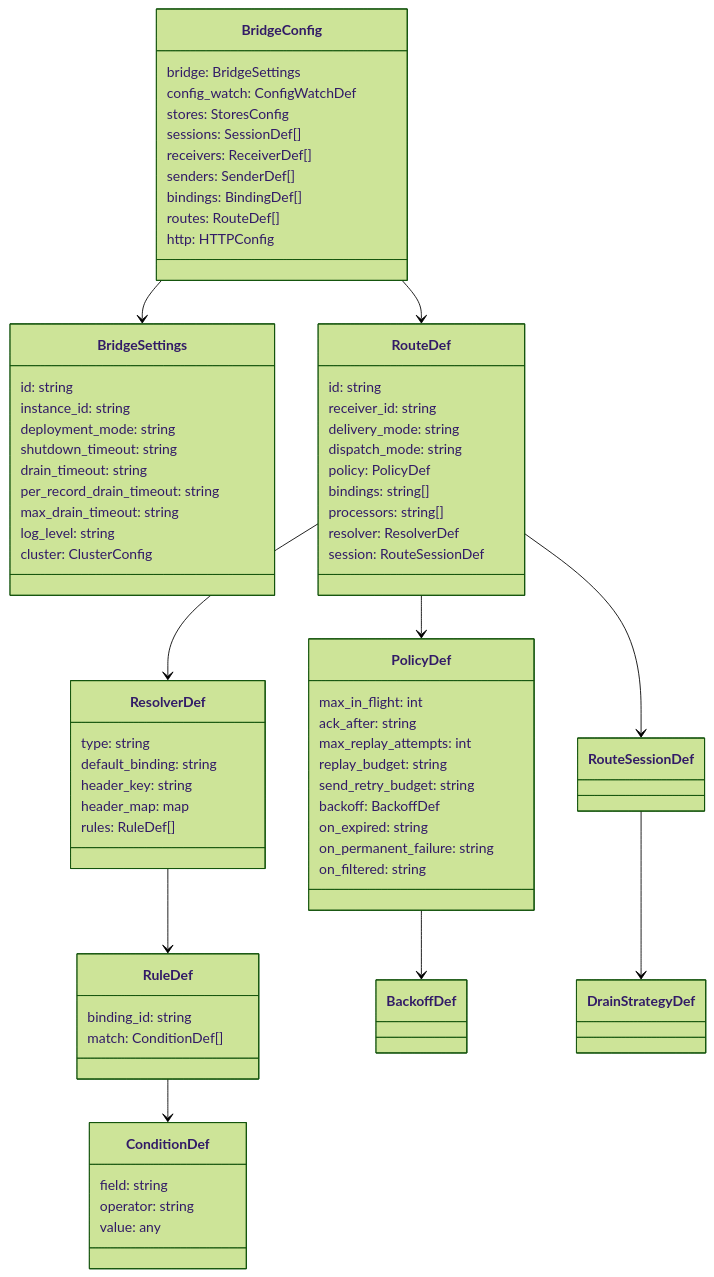
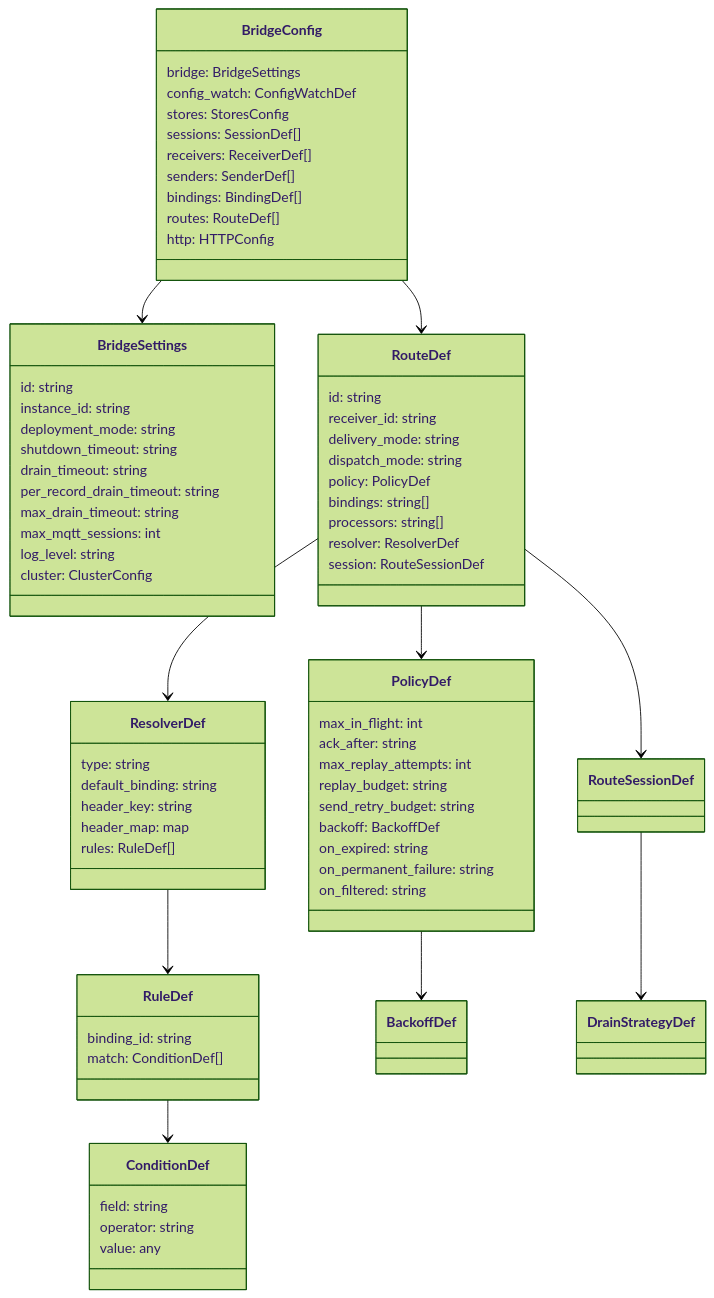
The diagram in docs/configuration-reference.md (mariotoffia/gobridge), drawn with Mermaid (forest theme) before and after one commit. The commit also changed other lines of this file and 96 other files, not shown here.

````diff
--- a/docs/configuration-reference.md
+++ b/docs/configuration-reference.md
@@ -11,79 +11,80 @@
 ```mermaid
 classDiagram
     class BridgeConfig {
         bridge: BridgeSettings
         config_watch: ConfigWatchDef
         stores: StoresConfig
         sessions: SessionDef[]
         receivers: ReceiverDef[]
         senders: SenderDef[]
         bindings: BindingDef[]
         routes: RouteDef[]
         http: HTTPConfig
     }
 
     class BridgeSettings {
         id: string
         instance_id: string
         deployment_mode: string
         shutdown_timeout: string
         drain_timeout: string
         per_record_drain_timeout: string
         max_drain_timeout: string
+        max_mqtt_sessions: int
         log_level: string
         cluster: ClusterConfig
     }
 
     class RouteDef {
         id: string
         receiver_id: string
         delivery_mode: string
         dispatch_mode: string
         policy: PolicyDef
         bindings: string[]
         processors: string[]
         resolver: ResolverDef
         session: RouteSessionDef
     }
 
     class ResolverDef {
         type: string
         default_binding: string
         header_key: string
         header_map: map
         rules: RuleDef[]
     }
 
     class RuleDef {
         binding_id: string
         match: ConditionDef[]
     }
 
     class ConditionDef {
         field: string
         operator: string
         value: any
     }
 
     class PolicyDef {
         max_in_flight: int
         ack_after: string
         max_replay_attempts: int
         replay_budget: string
         send_retry_budget: string
         backoff: BackoffDef
         on_expired: string
         on_permanent_failure: string
         on_filtered: string
     }
 
     BridgeConfig --> BridgeSettings
     BridgeConfig --> RouteDef
     RouteDef --> PolicyDef
     RouteDef --> ResolverDef
     RouteDef --> RouteSessionDef
     ResolverDef --> RuleDef
     RuleDef --> ConditionDef
     PolicyDef --> BackoffDef
     RouteSessionDef --> DrainStrategyDef
 ```
````
